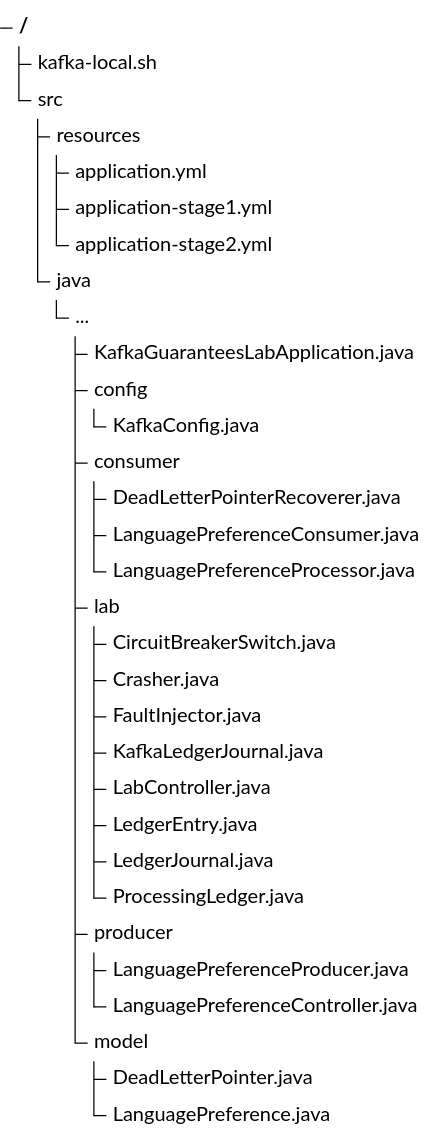
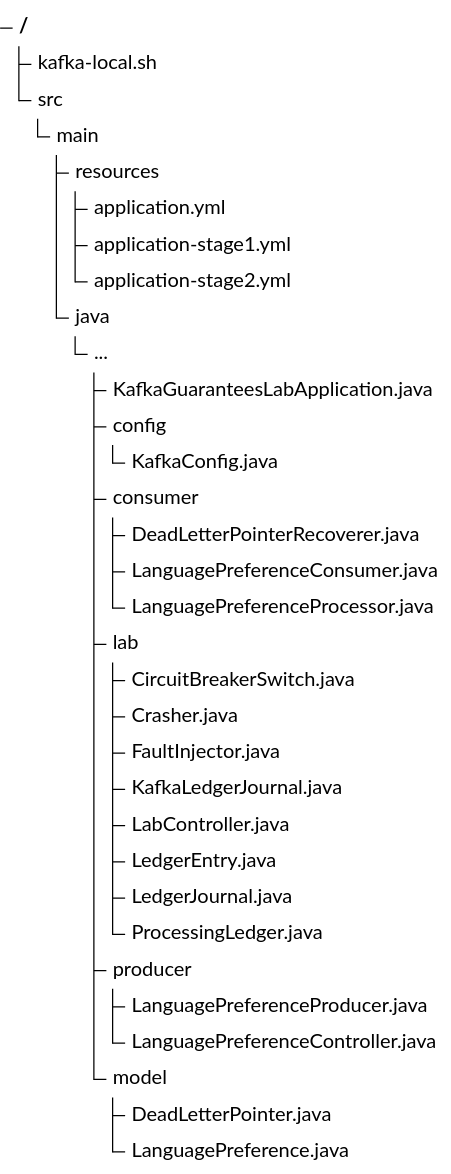
One commit to bhanafee/KafkaGuaranteesLab changed the fourth of 4 diagrams in README.md. Above: the diagram before and after it, drawn with Mermaid (neutral theme). The commit also changed other lines of this file and 6 other files, not shown here.

````diff
--- a/README.md
+++ b/README.md
@@ -1047,33 +1047,34 @@
 ```mermaid
 treeView-beta
     "kafka-local.sh"
     "src"
-        "resources"
-            "application.yml"
-            "application-stage1.yml"
-            "application-stage2.yml"
-        "java"
-            "..."
-                "KafkaGuaranteesLabApplication.java"
-                "config"
-                    "KafkaConfig.java"
-                "consumer"
-                    "DeadLetterPointerRecoverer.java"
-                    "LanguagePreferenceConsumer.java"
-                    "LanguagePreferenceProcessor.java"
-                "lab"
-                    "CircuitBreakerSwitch.java"
-                    "Crasher.java"
-                    "FaultInjector.java"
-                    "KafkaLedgerJournal.java"
-                    "LabController.java"
-                    "LedgerEntry.java"
-                    "LedgerJournal.java"
-                    "ProcessingLedger.java"
-                "producer"
-                    "LanguagePreferenceProducer.java"
-                    "LanguagePreferenceController.java"
-                "model"
-                    "DeadLetterPointer.java"
-                    "LanguagePreference.java"
+        "main"
+            "resources"
+                "application.yml"
+                "application-stage1.yml"
+                "application-stage2.yml"
+            "java"
+                "..."
+                    "KafkaGuaranteesLabApplication.java"
+                    "config"
+                        "KafkaConfig.java"
+                    "consumer"
+                        "DeadLetterPointerRecoverer.java"
+                        "LanguagePreferenceConsumer.java"
+                        "LanguagePreferenceProcessor.java"
+                    "lab"
+                        "CircuitBreakerSwitch.java"
+                        "Crasher.java"
+                        "FaultInjector.java"
+                        "KafkaLedgerJournal.java"
+                        "LabController.java"
+                        "LedgerEntry.java"
+                        "LedgerJournal.java"
+                        "ProcessingLedger.java"
+                    "producer"
+                        "LanguagePreferenceProducer.java"
+                        "LanguagePreferenceController.java"
+                    "model"
+                        "DeadLetterPointer.java"
+                        "LanguagePreference.java"
 ```
````
